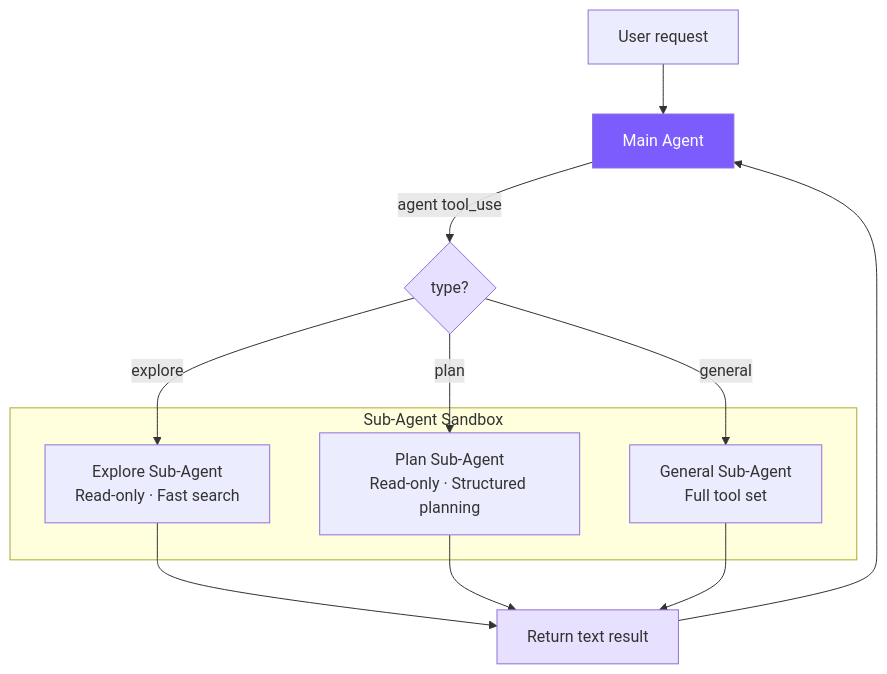
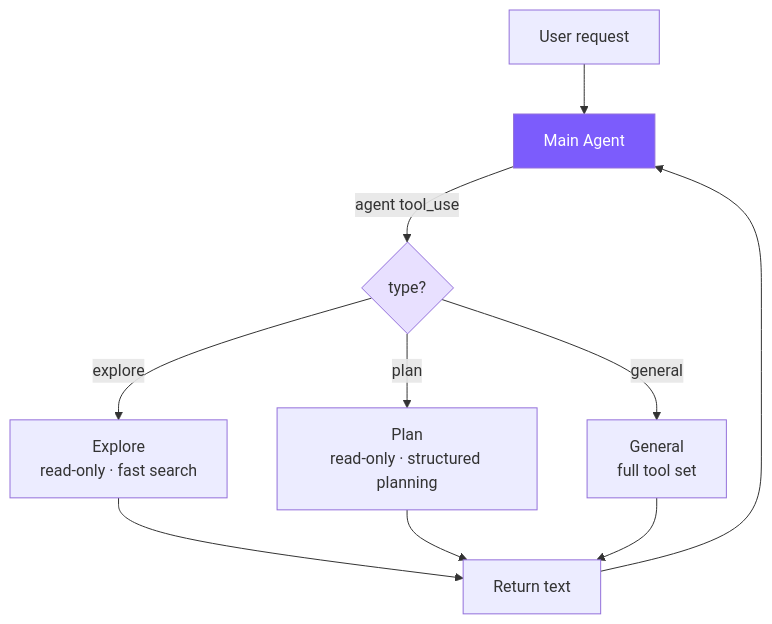
Before and after one commit to joinmouse/claude-code-mini: the diagram in en/docs/11-multi-agent.md, drawn with Mermaid. The commit also changed other lines of this file and 30 other files, not shown here.

````diff
--- a/en/docs/11-multi-agent.md
+++ b/en/docs/11-multi-agent.md
@@ -7,23 +5,16 @@
 ```mermaid
 graph TB
     User[User request] --> Main[Main Agent]
     Main -->|agent tool_use| Dispatch{type?}
-    Dispatch -->|explore| Explore[Explore Sub-Agent<br/>Read-only · Fast search]
-    Dispatch -->|plan| Plan[Plan Sub-Agent<br/>Read-only · Structured planning]
-    Dispatch -->|general| General[General Sub-Agent<br/>Full tool set]
+    Dispatch -->|explore| Explore[Explore<br/>read-only · fast search]
+    Dispatch -->|plan| Plan[Plan<br/>read-only · structured planning]
+    Dispatch -->|general| General[General<br/>full tool set]
 
-    Explore --> Result[Return text result]
+    Explore --> Result[Return text]
     Plan --> Result
     General --> Result
     Result --> Main
 
-    subgraph Sub-Agent Sandbox
-        Explore
-        Plan
-        General
-    end
-
     style Main fill:#7c5cfc,color:#fff
     style Dispatch fill:#e8e0ff
-    style Result fill:#e8e0ff
 ```
````
